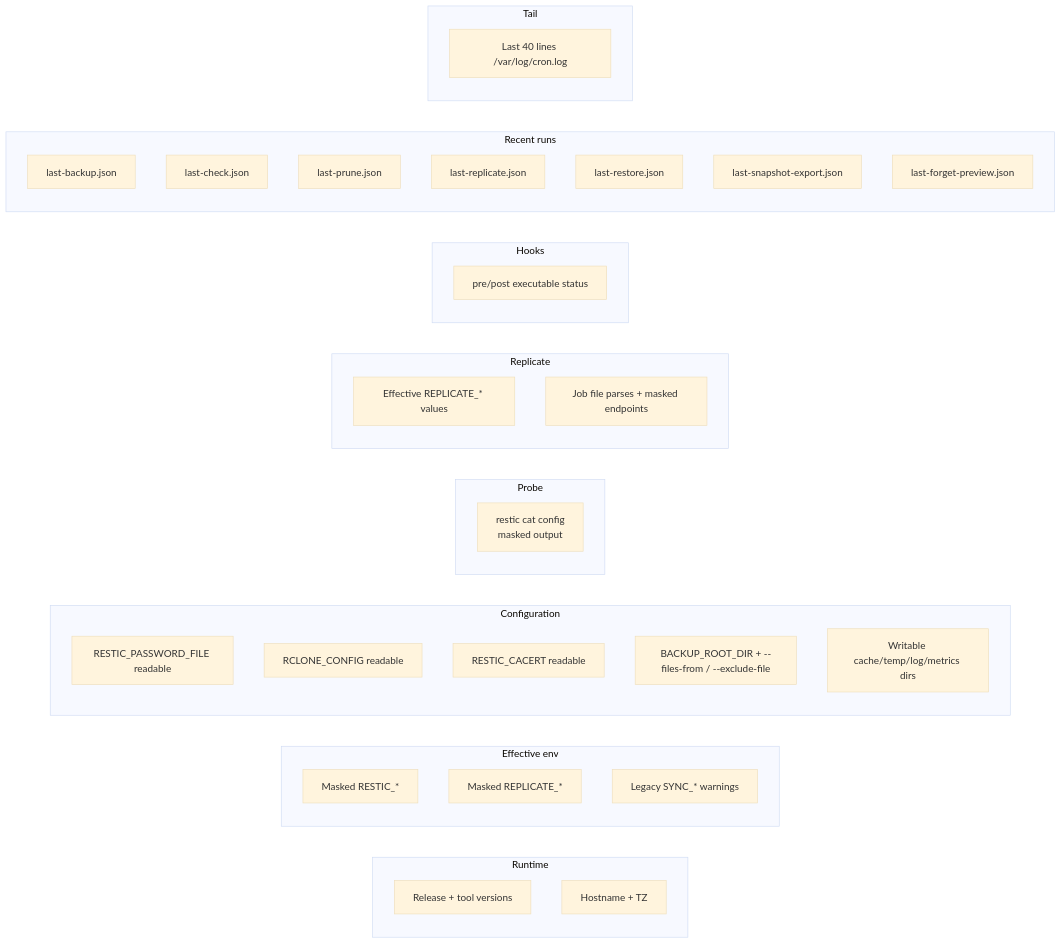
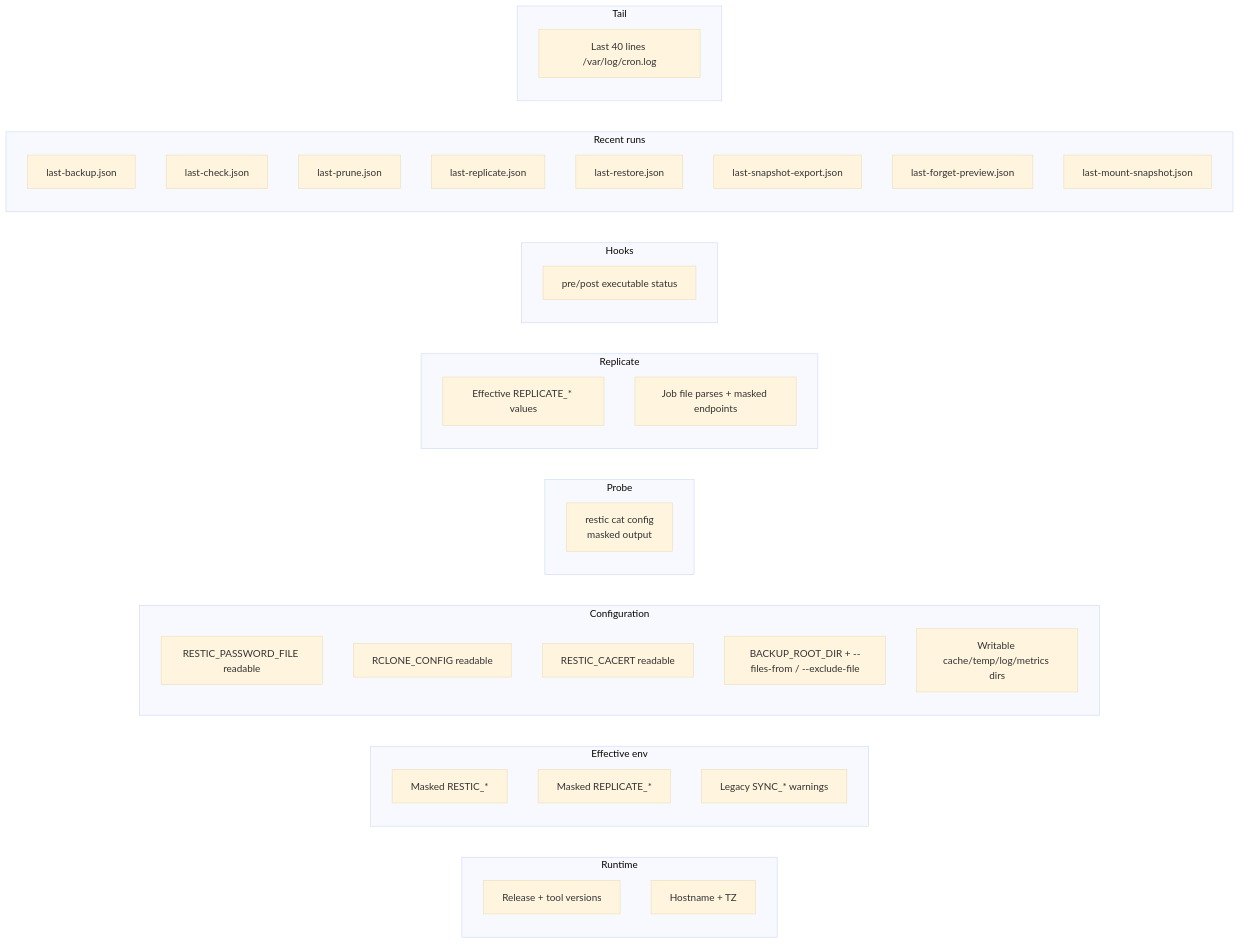
The diagram in docs/operations/diagnostics.md (marc0janssen/restic-backup-helper), drawn with Mermaid (base theme) before and after one commit. The commit also changed other lines of this file and 34 other files, not shown here.

````diff
--- a/docs/operations/diagnostics.md
+++ b/docs/operations/diagnostics.md
@@ -12,41 +12,42 @@
 ```mermaid
 flowchart LR
     subgraph Runtime
         R1[Release + tool versions]
         R2[Hostname + TZ]
     end
     subgraph Effective env
         E1[Masked RESTIC_*]
         E2[Masked REPLICATE_*]
         E3[Legacy SYNC_* warnings]
     end
     subgraph Configuration
         C1[RESTIC_PASSWORD_FILE readable]
         C2[RCLONE_CONFIG readable]
         C3[RESTIC_CACERT readable]
         C4[BACKUP_ROOT_DIR + --files-from / --exclude-file]
         C5[Writable cache/temp/log/metrics dirs]
     end
     subgraph Probe
         P1[restic cat config<br/>masked output]
     end
     subgraph Replicate
         L1[Effective REPLICATE_* values]
         L2[Job file parses + masked endpoints]
     end
     subgraph Hooks
         H1[pre/post executable status]
     end
     subgraph Recent runs
         J1[last-backup.json]
         J2[last-check.json]
         J3[last-prune.json]
         J4[last-replicate.json]
         J5[last-restore.json]
         J6[last-snapshot-export.json]
         J7[last-forget-preview.json]
+        J8[last-mount-snapshot.json]
     end
     subgraph Tail
         T1[Last 40 lines /var/log/cron.log]
     end
 ```
````
